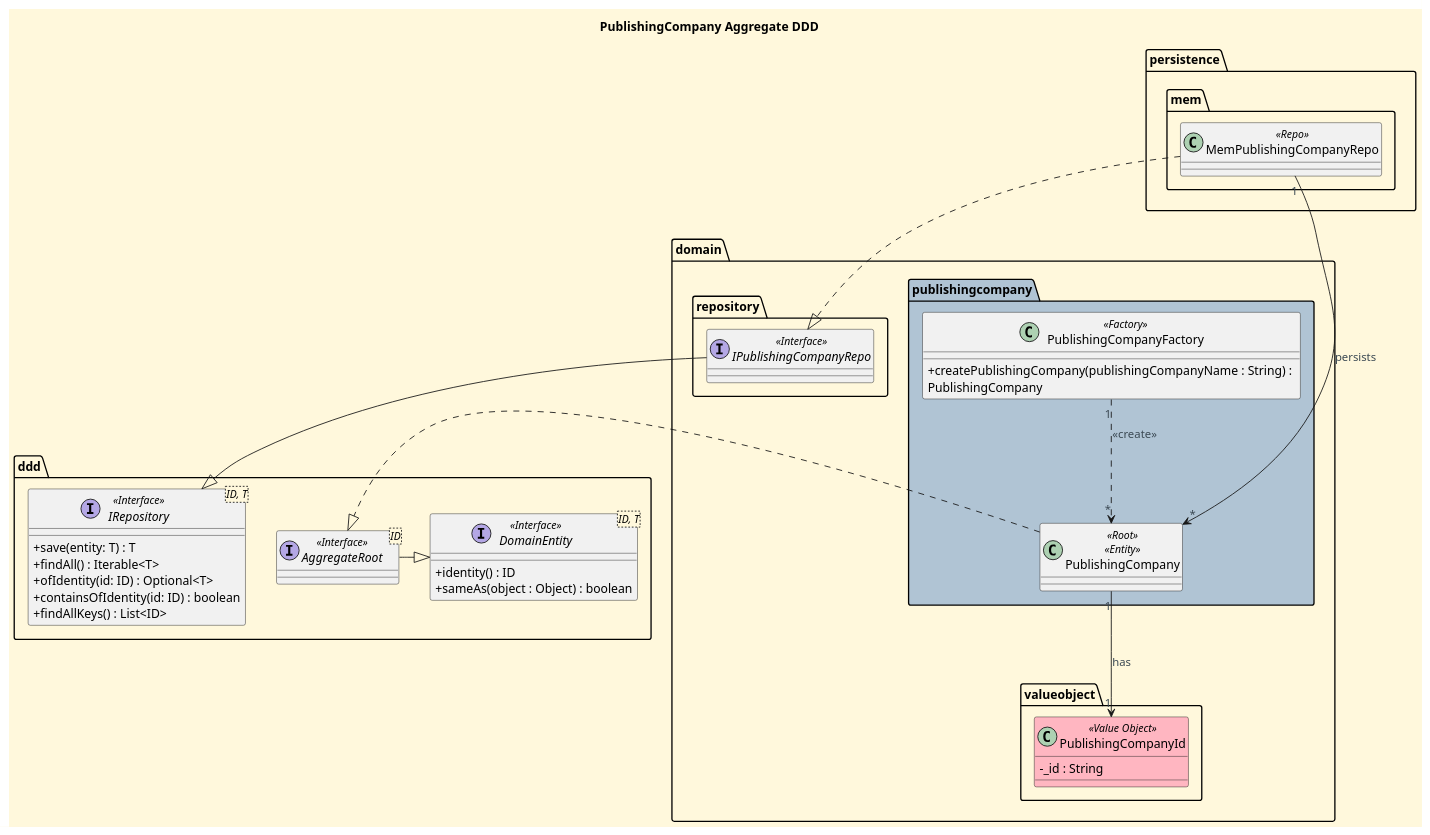
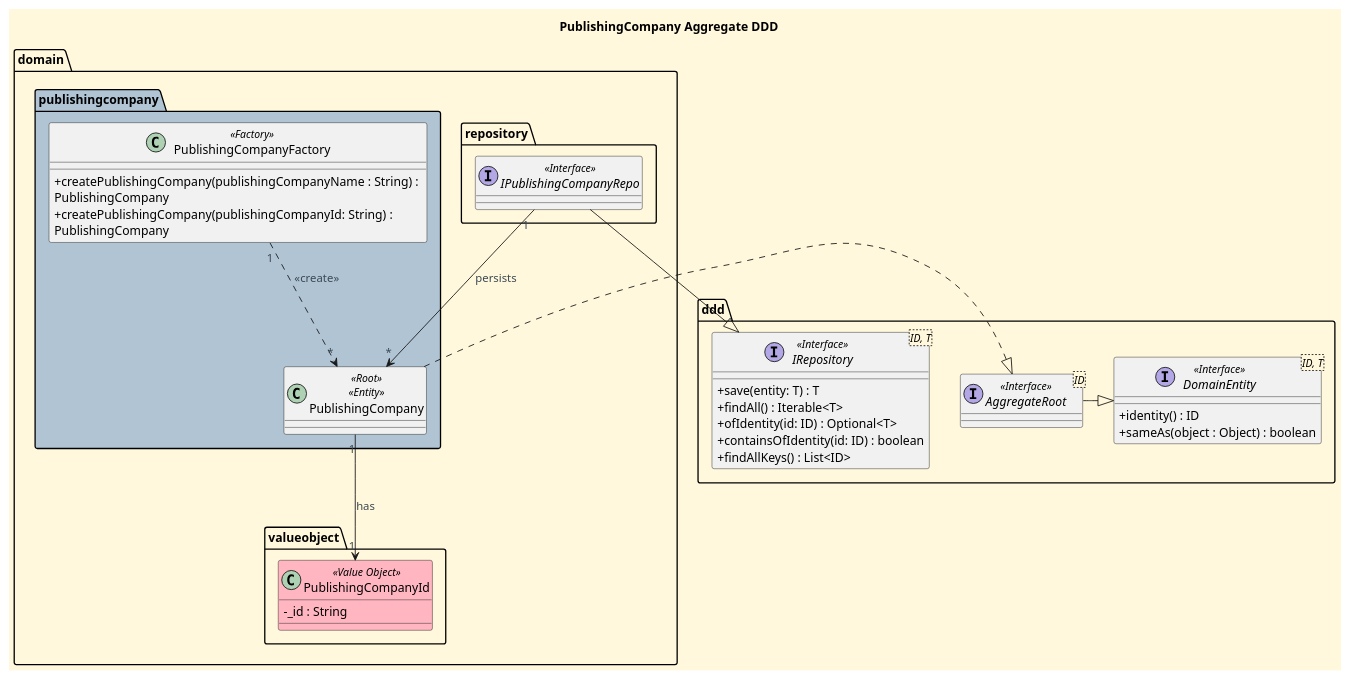
The diagram in docs/aggregates-diagrams/Publishing_Company_Aggregate.puml (CarolinaLeite-collab/JavaMarketplacePlatform), drawn with PlantUML before and after one commit.

Commit message:
refactor: Update diagrams to reflect implementation. refs #737

```diff
--- a/docs/aggregates-diagrams/Publishing_Company_Aggregate.puml
+++ b/docs/aggregates-diagrams/Publishing_Company_Aggregate.puml
@@ -1,88 +1,77 @@
 @startuml
 'https://plantuml.com/class-diagram
 title PublishingCompany Aggregate DDD
 
 '==== basic style ====
 skinparam monochrome false
 skinparam shadowing false
 skinparam defaultFontName Futura
 skinparam objectFontSize 20
 skinparam backgroundColor CornSilk
 skinparam objectBackgroundColor WhiteSmoke
 skinparam noteBackgroundColor #FFFFE0
 skinparam ArrowFontColor #3B4953
 skinparam ActivationBackgroundColor black
 skinparam classAttributeIconSize 0
 
 top to bottom direction
-
-package "persistence" {
-
-    package "mem" {
-
-        class MemPublishingCompanyRepo <<Repo>> {
-        }
-
-    }
-}
 
 package "domain" {
 
     package "repository" {
 
         interface IPublishingCompanyRepo <<Interface>> {
         }
 
     }
 
     package "valueobject" {
 
         class PublishingCompanyId <<Value Object>> #LightPink {
         - _id : String
         }
 
     }
 
     package "publishingcompany" #b0c4d4 {
 
         class PublishingCompany <<Root>> <<Entity>> {
         }
 
         class PublishingCompanyFactory <<Factory>> {
         + createPublishingCompany(publishingCompanyName : String) : \nPublishingCompany
+        + createPublishingCompany(publishingCompanyId: String) : \nPublishingCompany
 
         }
 
     }
 
 }
 
 Package "ddd" {
     interface IRepository<ID, T> <<Interface>> {
         +save(entity: T) : T
         +findAll() : Iterable<T>
         +ofIdentity(id: ID) : Optional<T>
         +containsOfIdentity(id: ID) : boolean
         +findAllKeys() : List<ID>
     }
 
     interface AggregateRoot <ID> <<Interface>> {
     }
     interface DomainEntity<ID, T> <<Interface>> {
         +identity() : ID
         +sameAs(object : Object) : boolean
     }
 }
 
-
-MemPublishingCompanyRepo ..|> IPublishingCompanyRepo
 IPublishingCompanyRepo --|> IRepository
-MemPublishingCompanyRepo "1" --> "*" PublishingCompany : persists
+IPublishingCompanyRepo "1" --> "*" PublishingCompany : persists
 
 PublishingCompany "1" --> "1" PublishingCompanyId: has
 
 PublishingCompanyFactory "1" ..> "*" PublishingCompany: <<create>>
 
 AggregateRoot -|> DomainEntity
 PublishingCompany .|> AggregateRoot
 @enduml
```
